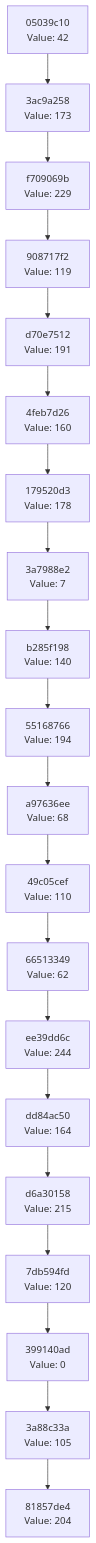
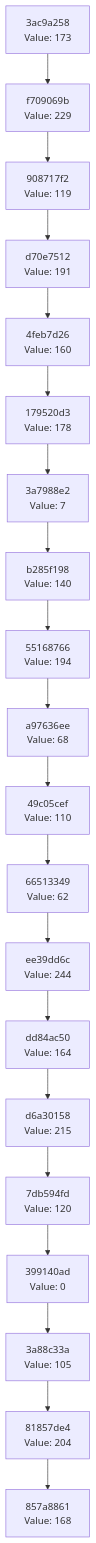
One commit to Abhisheksinha1506/hash-chain-evolver changed the diagram in docs/CHAIN_VISUALIZATION.md. Above: the diagram before and after it, drawn with Mermaid. The commit also changed 3 other files, not shown here.

````diff
--- a/docs/CHAIN_VISUALIZATION.md
+++ b/docs/CHAIN_VISUALIZATION.md
@@ -3,42 +3,42 @@
 ```mermaid
 graph TD
-    C0["81857de4<br/>Value: 204"]
-    C1["3a88c33a<br/>Value: 105"]
+    C0["857a8861<br/>Value: 168"]
+    C1["81857de4<br/>Value: 204"]
     C1 --> C0
-    C2["399140ad<br/>Value: 0"]
+    C2["3a88c33a<br/>Value: 105"]
     C2 --> C1
-    C3["7db594fd<br/>Value: 120"]
+    C3["399140ad<br/>Value: 0"]
     C3 --> C2
-    C4["d6a30158<br/>Value: 215"]
+    C4["7db594fd<br/>Value: 120"]
     C4 --> C3
-    C5["dd84ac50<br/>Value: 164"]
+    C5["d6a30158<br/>Value: 215"]
     C5 --> C4
-    C6["ee39dd6c<br/>Value: 244"]
+    C6["dd84ac50<br/>Value: 164"]
     C6 --> C5
-    C7["66513349<br/>Value: 62"]
+    C7["ee39dd6c<br/>Value: 244"]
     C7 --> C6
-    C8["49c05cef<br/>Value: 110"]
+    C8["66513349<br/>Value: 62"]
     C8 --> C7
-    C9["a97636ee<br/>Value: 68"]
+    C9["49c05cef<br/>Value: 110"]
     C9 --> C8
-    C10["55168766<br/>Value: 194"]
+    C10["a97636ee<br/>Value: 68"]
     C10 --> C9
-    C11["b285f198<br/>Value: 140"]
+    C11["55168766<br/>Value: 194"]
     C11 --> C10
-    C12["3a7988e2<br/>Value: 7"]
+    C12["b285f198<br/>Value: 140"]
     C12 --> C11
-    C13["179520d3<br/>Value: 178"]
+    C13["3a7988e2<br/>Value: 7"]
     C13 --> C12
-    C14["4feb7d26<br/>Value: 160"]
+    C14["179520d3<br/>Value: 178"]
     C14 --> C13
-    C15["d70e7512<br/>Value: 191"]
+    C15["4feb7d26<br/>Value: 160"]
     C15 --> C14
-    C16["908717f2<br/>Value: 119"]
+    C16["d70e7512<br/>Value: 191"]
     C16 --> C15
-    C17["f709069b<br/>Value: 229"]
+    C17["908717f2<br/>Value: 119"]
     C17 --> C16
-    C18["3ac9a258<br/>Value: 173"]
+    C18["f709069b<br/>Value: 229"]
     C18 --> C17
-    C19["05039c10<br/>Value: 42"]
+    C19["3ac9a258<br/>Value: 173"]
     C19 --> C18
 ```
````
